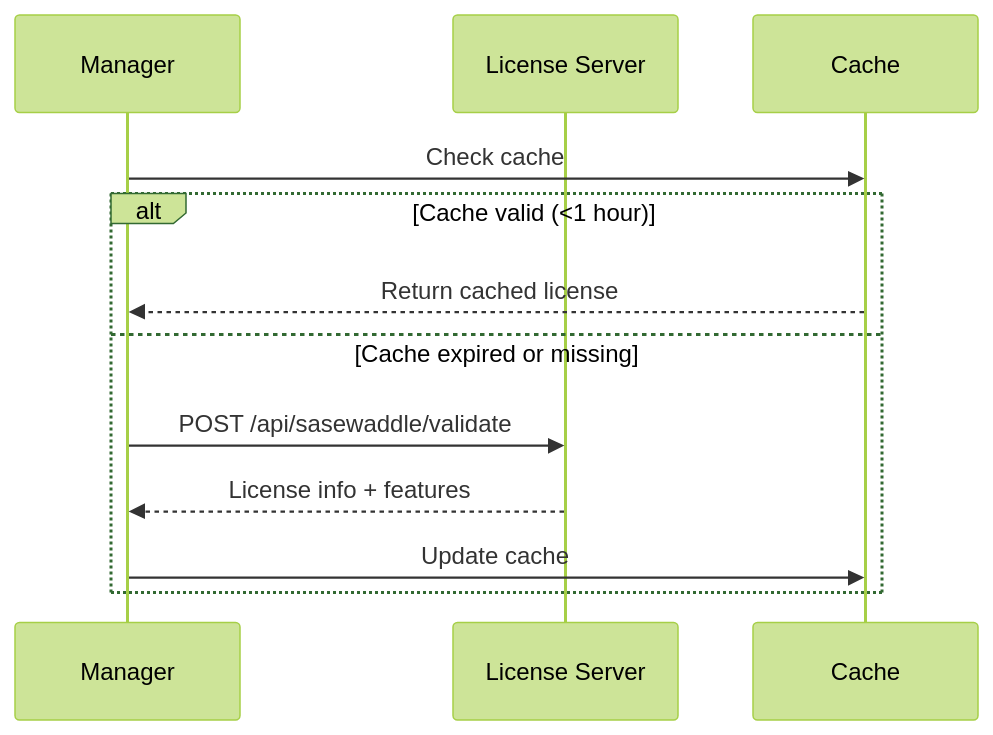
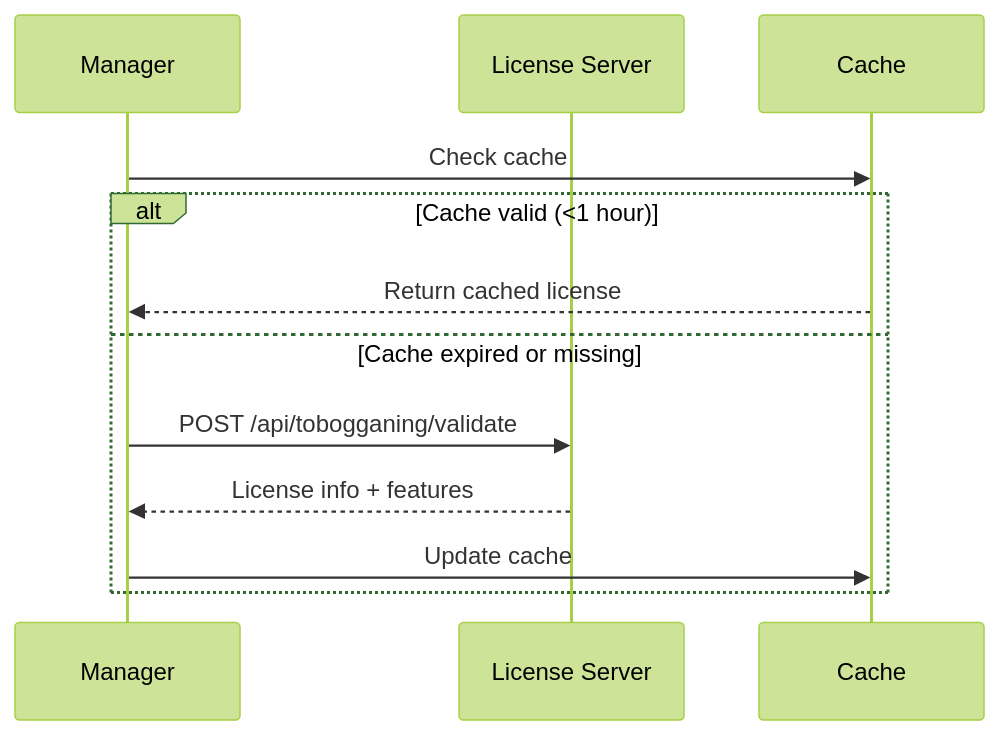
The diagram in docs/LICENSING.md (penguintechinc/tobogganing), drawn with Mermaid (forest theme) before and after one commit. The commit also changed other lines of this file and 44 other files, not shown here.

````diff
--- a/docs/LICENSING.md
+++ b/docs/LICENSING.md
@@ -136,15 +136,15 @@
 ```mermaid
 sequenceDiagram
     participant M as Manager
     participant L as License Server
     participant C as Cache
     
     M->>C: Check cache
     alt Cache valid (<1 hour)
         C-->>M: Return cached license
     else Cache expired or missing
-        M->>L: POST /api/sasewaddle/validate
+        M->>L: POST /api/tobogganing/validate
         L-->>M: License info + features
         M->>C: Update cache
     end
 ```
````
